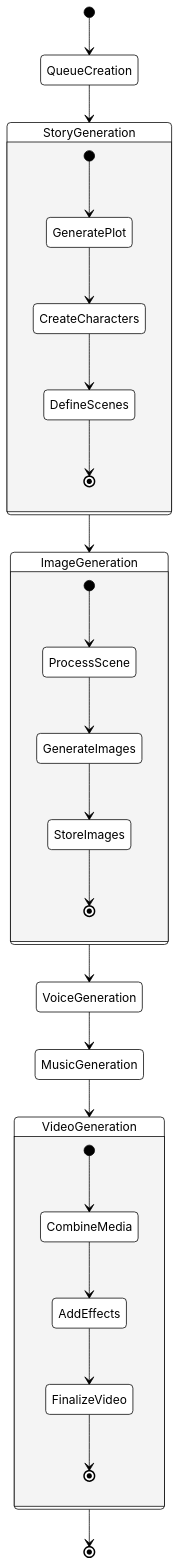
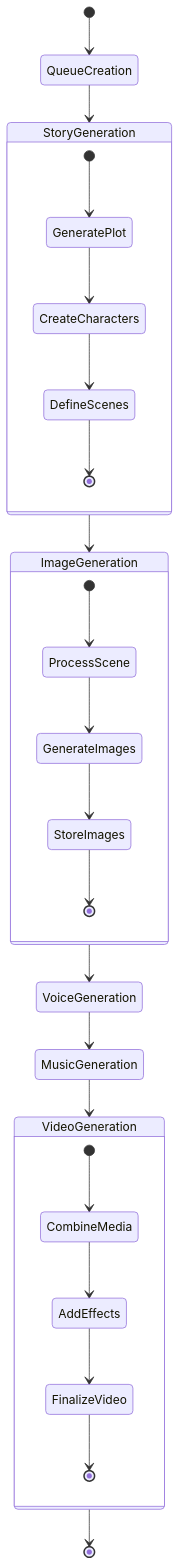
The third of 4 diagrams in README.md (p5150j/deepflix-backend-mono-repo), drawn with Mermaid before and after one commit. The commit also changed other lines of this file, not shown here.

````diff
--- a/README.md
+++ b/README.md
@@ -187,32 +185,31 @@
 ```mermaid
-%%{init: {'theme': 'base', 'themeVariables': { 'primaryColor': '#ffffff', 'primaryTextColor': '#000000', 'primaryBorderColor': '#000000', 'lineColor': '#000000', 'secondaryColor': '#ffffff', 'tertiaryColor': '#ffffff'}}}%%
 stateDiagram-v2
     [*] --> QueueCreation
     QueueCreation --> StoryGeneration
     StoryGeneration --> ImageGeneration
     ImageGeneration --> VoiceGeneration
     VoiceGeneration --> MusicGeneration
     MusicGeneration --> VideoGeneration
     VideoGeneration --> [*]
 
     state StoryGeneration {
         [*] --> GeneratePlot
         GeneratePlot --> CreateCharacters
         CreateCharacters --> DefineScenes
         DefineScenes --> [*]
     }
 
     state ImageGeneration {
         [*] --> ProcessScene
         ProcessScene --> GenerateImages
         GenerateImages --> StoreImages
         StoreImages --> [*]
     }
 
     state VideoGeneration {
         [*] --> CombineMedia
         CombineMedia --> AddEffects
         AddEffects --> FinalizeVideo
         FinalizeVideo --> [*]
     }
 ```
````
